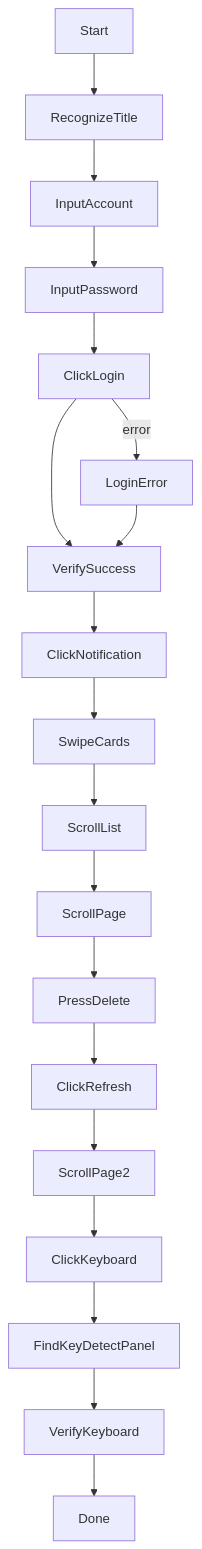
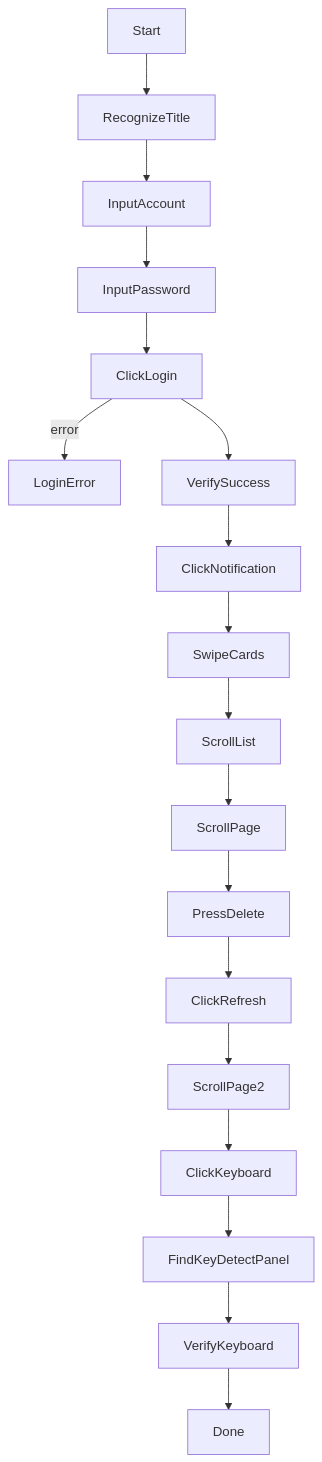
One commit to luberserker0v0/watchdog-automation changed the diagram in src-tauri/resources/pipelines/sample/sample.md. Above: the diagram before and after it, drawn with Mermaid. The commit also changed 298 other files, not shown here.

````diff
--- a/src-tauri/resources/pipelines/sample/sample.md
+++ b/src-tauri/resources/pipelines/sample/sample.md
@@ -1,41 +1,40 @@
 ```mermaid
 
 flowchart TD
     Start["Start"]
     RecognizeTitle["RecognizeTitle"]
     InputAccount["InputAccount"]
     InputPassword["InputPassword"]
     ClickLogin["ClickLogin"]
     LoginError["LoginError"]
     VerifySuccess["VerifySuccess"]
     ClickNotification["ClickNotification"]
     SwipeCards["SwipeCards"]
     ScrollList["ScrollList"]
     ScrollPage["ScrollPage"]
     PressDelete["PressDelete"]
     ClickRefresh["ClickRefresh"]
     ScrollPage2["ScrollPage2"]
     ClickKeyboard["ClickKeyboard"]
     FindKeyDetectPanel["FindKeyDetectPanel"]
     VerifyKeyboard["VerifyKeyboard"]
     Done["Done"]
 
     Start --> RecognizeTitle
     RecognizeTitle --> InputAccount
     InputAccount --> InputPassword
     InputPassword --> ClickLogin
     ClickLogin --> VerifySuccess
     ClickLogin -->|error| LoginError
-    LoginError --> VerifySuccess
     VerifySuccess --> ClickNotification
     ClickNotification --> SwipeCards
     SwipeCards --> ScrollList
     ScrollList --> ScrollPage
     ScrollPage --> PressDelete
     PressDelete --> ClickRefresh
     ClickRefresh --> ScrollPage2
     ScrollPage2 --> ClickKeyboard
     ClickKeyboard --> FindKeyDetectPanel
     FindKeyDetectPanel --> VerifyKeyboard
     VerifyKeyboard --> Done
 ```
````
